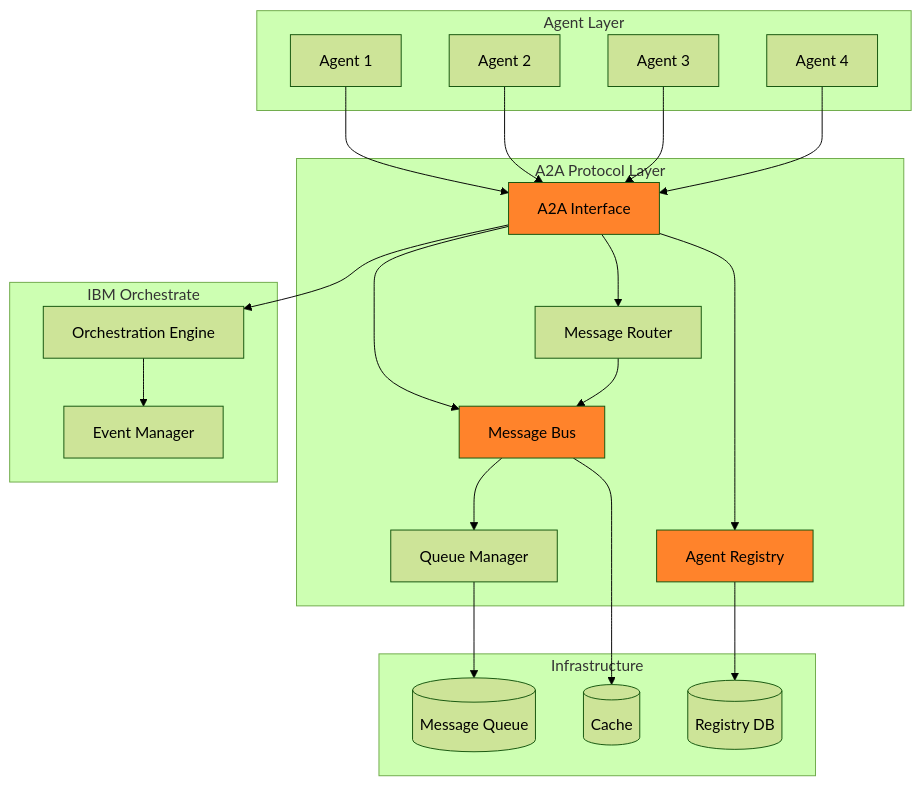
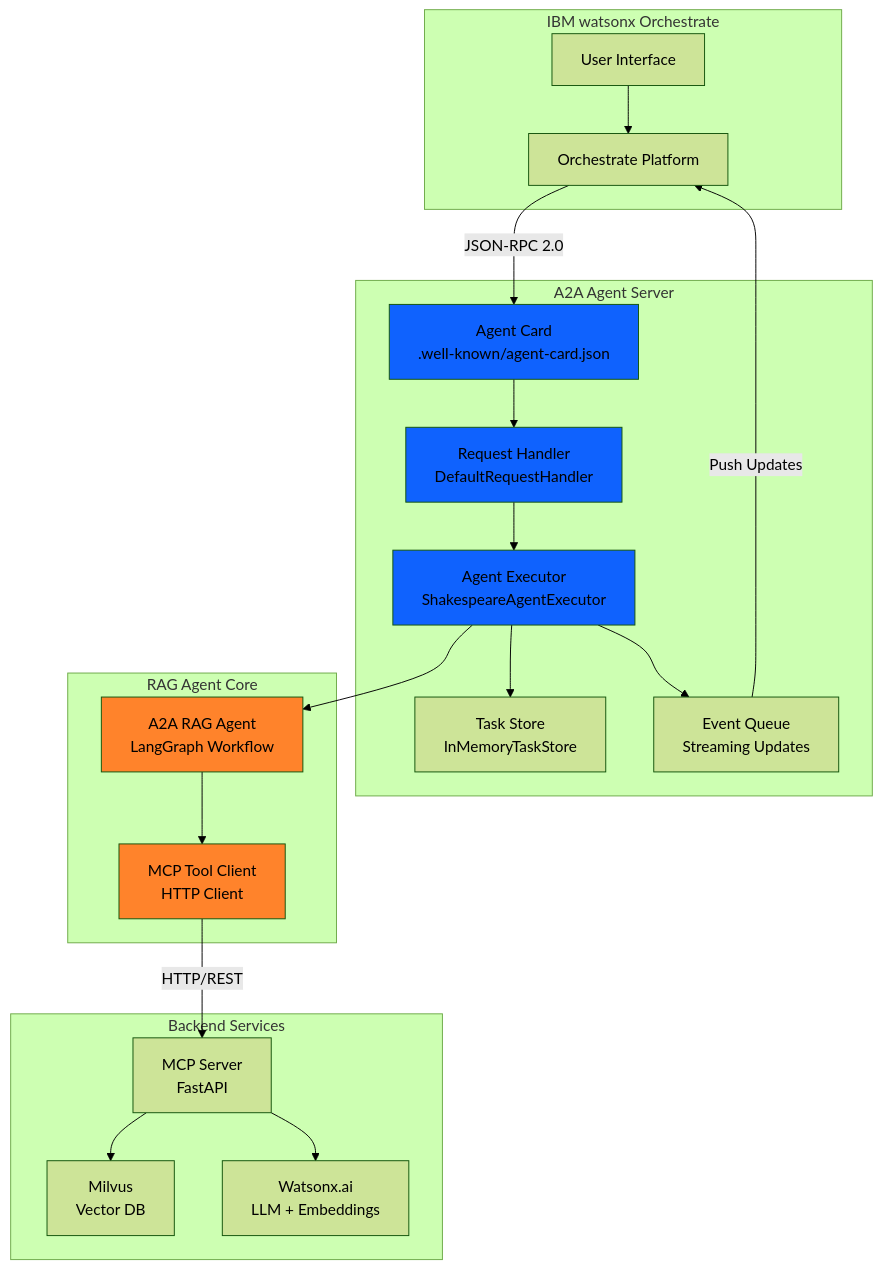
The diagram in docs/docs/protocols/a2a.md (binnes/a2a), drawn with Mermaid (forest theme) before and after one commit. The commit also changed other lines of this file and 30 other files, not shown here.

````diff
--- a/docs/docs/protocols/a2a.md
+++ b/docs/docs/protocols/a2a.md
@@ -19,51 +19,46 @@
 ```mermaid
 graph TB
-    subgraph "Agent Layer"
-        A1[Agent 1]
-        A2[Agent 2]
-        A3[Agent 3]
-        A4[Agent 4]
+    subgraph "IBM watsonx Orchestrate"
+        WO[Orchestrate Platform]
+        UI[User Interface]
     end
     
-    subgraph "A2A Protocol Layer"
-        A2A[A2A Interface]
-        MB[Message Bus]
-        AR[Agent Registry]
-        MR[Message Router]
-        QM[Queue Manager]
+    subgraph "A2A Agent Server"
+        AC[Agent Card<br/>.well-known/agent-card.json]
+        RH[Request Handler<br/>DefaultRequestHandler]
+        AE[Agent Executor<br/>ShakespeareAgentExecutor]
+        TS[Task Store<br/>InMemoryTaskStore]
+        EQ[Event Queue<br/>Streaming Updates]
     end
     
-    subgraph "Infrastructure"
-        QUEUE[(Message Queue)]
-        CACHE[(Cache)]
-        DB[(Registry DB)]
+    subgraph "RAG Agent Core"
+        AG[A2A RAG Agent<br/>LangGraph Workflow]
+        MCP[MCP Tool Client<br/>HTTP Client]
     end
     
-    subgraph "IBM Orchestrate"
-        OE[Orchestration Engine]
-        EM[Event Manager]
+    subgraph "Backend Services"
+        MCPS[MCP Server<br/>FastAPI]
+        MILVUS[Milvus<br/>Vector DB]
+        WX[Watsonx.ai<br/>LLM + Embeddings]
     end
     
-    A1 --> A2A
-    A2 --> A2A
-    A3 --> A2A
-    A4 --> A2A
+    UI --> WO
+    WO -->|JSON-RPC 2.0| AC
+    AC --> RH
+    RH --> AE
+    AE --> AG
+    AE --> TS
+    AE --> EQ
+    EQ -->|Push Updates| WO
     
-    A2A --> MB
-    A2A --> AR
-    A2A --> MR
+    AG --> MCP
+    MCP -->|HTTP/REST| MCPS
+    MCPS --> MILVUS
+    MCPS --> WX
     
-    MB --> QM
-    MR --> MB
-    AR --> DB
-    
-    QM --> QUEUE
-    MB --> CACHE
-    
-    A2A --> OE
-    OE --> EM
-    
-    style A2A fill:#ff832b
-    style MB fill:#ff832b
-    style AR fill:#ff832b
+    style AC fill:#0f62fe
+    style RH fill:#0f62fe
+    style AE fill:#0f62fe
+    style AG fill:#ff832b
+    style MCP fill:#ff832b
 ```
````
